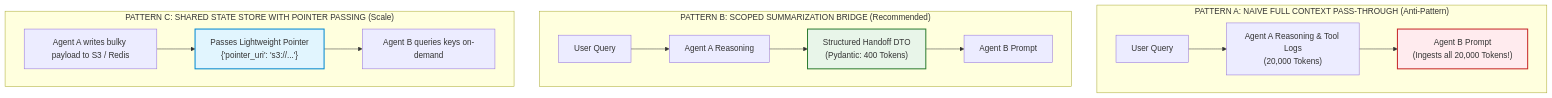
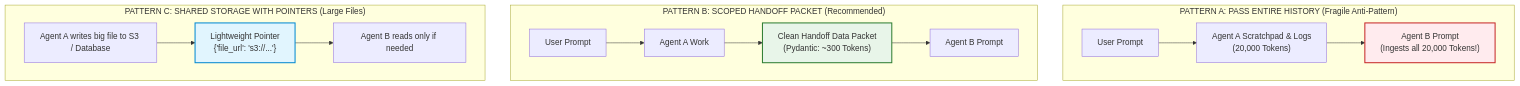
Before and after one commit to dip4k/senior-engineer-to-ai-engineer-roadmap: the second of 4 diagrams in 04-agentic-systems-and-orchestration/05-multi-agent-coordination-and-a2a-protocols.md, drawn with Mermaid. The commit also changed other lines of this file and 11 other files, not shown here.

````diff
--- a/04-agentic-systems-and-orchestration/05-multi-agent-coordination-and-a2a-protocols.md
+++ b/04-agentic-systems-and-orchestration/05-multi-agent-coordination-and-a2a-protocols.md
@@ -70,21 +73,21 @@
 ```mermaid
 flowchart TD
     classDef bad fill:#ffebee,stroke:#c62828,stroke-width:2px;
     classDef good fill:#e8f5e9,stroke:#2e7d32,stroke-width:2px;
     classDef opt fill:#e1f5fe,stroke:#0288d1,stroke-width:2px;
 
-    subgraph PatternA["PATTERN A: NAIVE FULL CONTEXT PASS-THROUGH (Anti-Pattern)"]
+    subgraph PatternA["PATTERN A: PASS ENTIRE HISTORY (Fragile Anti-Pattern)"]
         direction LR
-        PA_User["User Query"] --> PA_A["Agent A Reasoning & Tool Logs\n(20,000 Tokens)"] --> PA_B["Agent B Prompt\n(Ingests all 20,000 Tokens!)"]:::bad
+        PA_User["User Prompt"] --> PA_A["Agent A Scratchpad & Logs\n(20,000 Tokens)"] --> PA_B["Agent B Prompt\n(Ingests all 20,000 Tokens!)"]:::bad
     end
 
-    subgraph PatternB["PATTERN B: SCOPED SUMMARIZATION BRIDGE (Recommended)"]
+    subgraph PatternB["PATTERN B: SCOPED HANDOFF PACKET (Recommended)"]
         direction LR
-        PB_User["User Query"] --> PB_A["Agent A Reasoning"] --> PB_DTO["Structured Handoff DTO\n(Pydantic: 400 Tokens)"]:::good --> PB_B["Agent B Prompt"]
+        PB_User["User Prompt"] --> PB_A["Agent A Work"] --> PB_DTO["Clean Handoff Data Packet\n(Pydantic: ~300 Tokens)"]:::good --> PB_B["Agent B Prompt"]
     end
 
-    subgraph PatternC["PATTERN C: SHARED STATE STORE WITH POINTER PASSING (Scale)"]
+    subgraph PatternC["PATTERN C: SHARED STORAGE WITH POINTERS (Large Files)"]
         direction LR
-        PC_A["Agent A writes bulky payload to S3 / Redis"] --> PC_Ptr["Passes Lightweight Pointer\n{'pointer_uri': 's3://...'}"]:::opt --> PC_B["Agent B queries keys on-demand"]
+        PC_A["Agent A writes big file to S3 / Database"] --> PC_Ptr["Lightweight Pointer\n{'file_url': 's3://...'}"]:::opt --> PC_B["Agent B reads only if needed"]
     end
 ```
````
